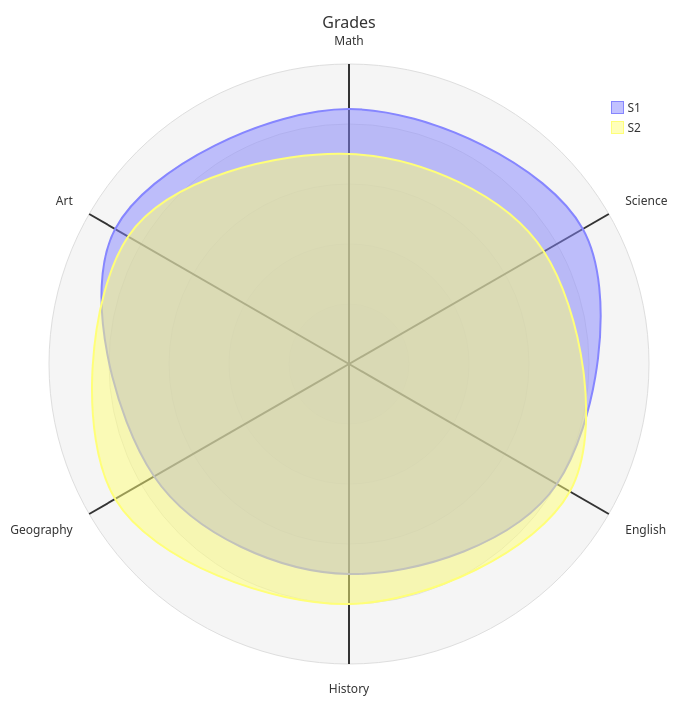
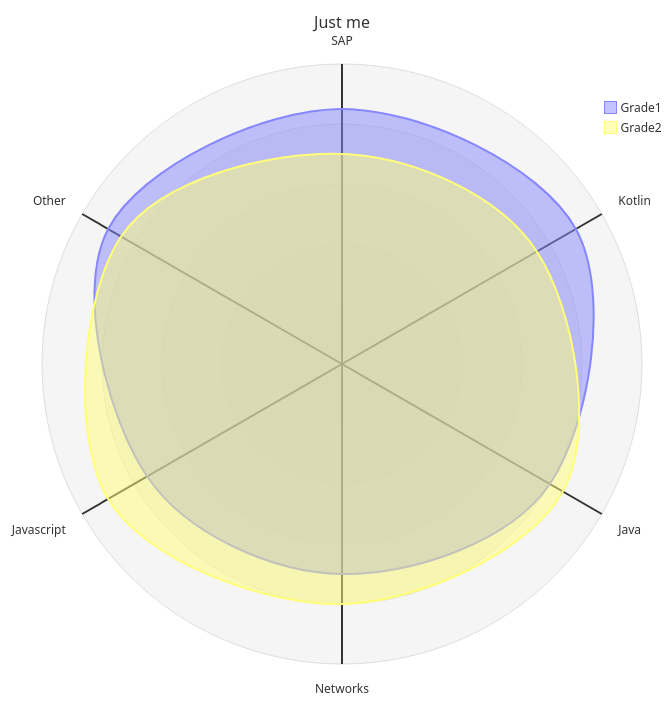
Before and after one commit to julparper/julparper: the diagram in README.md, drawn with Mermaid.

````diff
--- a/README.md
+++ b/README.md
@@ -3,14 +3,14 @@
 ```mermaid
 ---
-title: "Grades"
+title: "Just me"
 ---
 radar-beta
-  axis m["Math"], s["Science"], e["English"]
-  axis h["History"], g["Geography"], a["Art"]
-  curve a["S1"]{85, 90, 80, 70, 75, 90}
-  curve b["S2"]{70, 75, 85, 80, 90, 85}
+  axis m["SAP"], s["Kotlin"], e["Java"]
+  axis h["Networks"], g["Javascript"], a["Other"]
+  curve a["Grade1"]{85, 90, 80, 70, 75, 90}
+  curve b["Grade2"]{70, 75, 85, 80, 90, 85}
 
   max 100
   min 0
 
 ```
````
